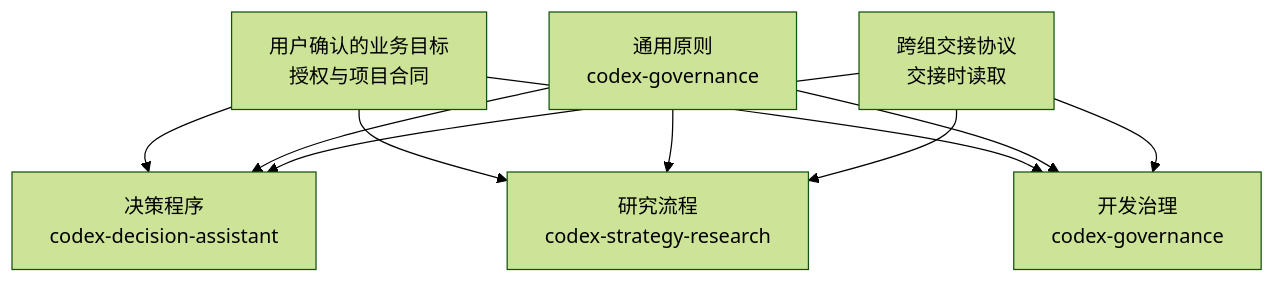
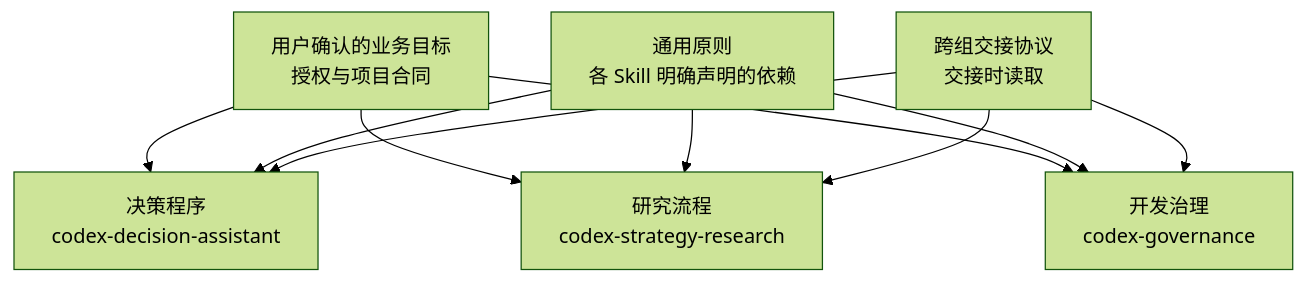
One commit to slowchillchill/codex-decision-assistant changed the first of 2 diagrams in README.zh-CN.md. Above: the diagram before and after it, drawn with Mermaid (forest theme). The commit also changed other lines of this file and 6 other files, not shown here.

````diff
--- a/README.zh-CN.md
+++ b/README.zh-CN.md
@@ -19,18 +19,18 @@
 ```mermaid
 flowchart TD
     U["用户确认的业务目标<br/>授权与项目合同"]
-    P["通用原则<br/>codex-governance"]
+    P["通用原则<br/>各 Skill 明确声明的依赖"]
     C["跨组交接协议<br/>交接时读取"]
     D["决策程序<br/>codex-decision-assistant"]
     R["研究流程<br/>codex-strategy-research"]
     E["开发治理<br/>codex-governance"]
     U --> D
     U --> R
     U --> E
     P --> D
     P --> R
     P --> E
     C --> D
     C --> R
     C --> E
 ```
````
